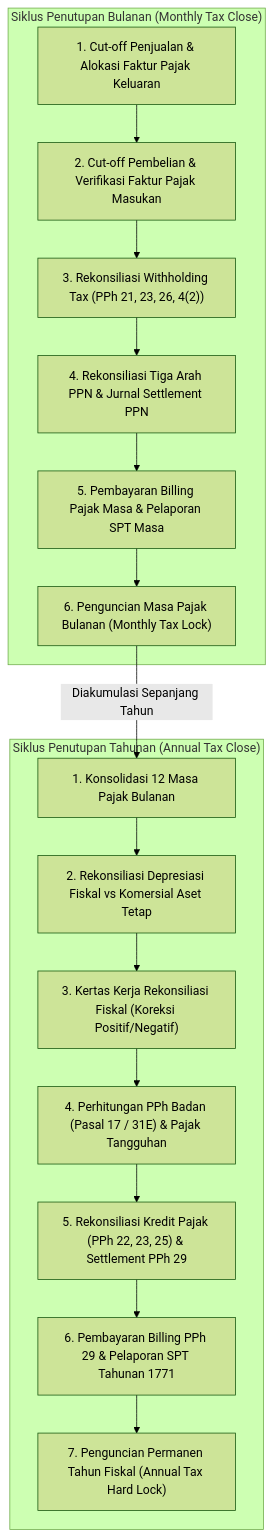
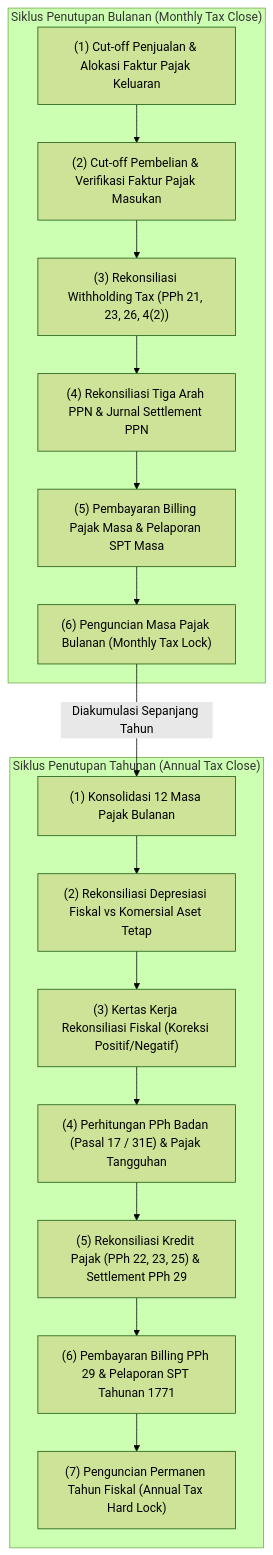
Before and after one commit to alimurrofid/erp-notes: the diagram in content/11-tax/tax-closing-and-period-end.md, drawn with Mermaid (forest theme). The commit also changed 132 other files, not shown here.

````diff
--- a/content/11-tax/tax-closing-and-period-end.md
+++ b/content/11-tax/tax-closing-and-period-end.md
@@ -27,25 +27,25 @@
 ```mermaid
 flowchart TD
     subgraph Monthly["Siklus Penutupan Bulanan (Monthly Tax Close)"]
-        M1["1. Cut-off Penjualan & Alokasi Faktur Pajak Keluaran"]
-        M2["2. Cut-off Pembelian & Verifikasi Faktur Pajak Masukan"]
-        M3["3. Rekonsiliasi Withholding Tax (PPh 21, 23, 26, 4(2))"]
-        M4["4. Rekonsiliasi Tiga Arah PPN & Jurnal Settlement PPN"]
-        M5["5. Pembayaran Billing Pajak Masa & Pelaporan SPT Masa"]
-        M6["6. Penguncian Masa Pajak Bulanan (Monthly Tax Lock)"]
+        M1["(1) Cut-off Penjualan & Alokasi Faktur Pajak Keluaran"]
+        M2["(2) Cut-off Pembelian & Verifikasi Faktur Pajak Masukan"]
+        M3["(3) Rekonsiliasi Withholding Tax (PPh 21, 23, 26, 4(2))"]
+        M4["(4) Rekonsiliasi Tiga Arah PPN & Jurnal Settlement PPN"]
+        M5["(5) Pembayaran Billing Pajak Masa & Pelaporan SPT Masa"]
+        M6["(6) Penguncian Masa Pajak Bulanan (Monthly Tax Lock)"]
         M1 --> M2 --> M3 --> M4 --> M5 --> M6
     end
 
     subgraph Annual["Siklus Penutupan Tahunan (Annual Tax Close)"]
-        A1["1. Konsolidasi 12 Masa Pajak Bulanan"]
-        A2["2. Rekonsiliasi Depresiasi Fiskal vs Komersial Aset Tetap"]
-        A3["3. Kertas Kerja Rekonsiliasi Fiskal (Koreksi Positif/Negatif)"]
-        A4["4. Perhitungan PPh Badan (Pasal 17 / 31E) & Pajak Tangguhan"]
-        A5["5. Rekonsiliasi Kredit Pajak (PPh 22, 23, 25) & Settlement PPh 29"]
-        A6["6. Pembayaran Billing PPh 29 & Pelaporan SPT Tahunan 1771"]
-        A7["7. Penguncian Permanen Tahun Fiskal (Annual Tax Hard Lock)"]
+        A1["(1) Konsolidasi 12 Masa Pajak Bulanan"]
+        A2["(2) Rekonsiliasi Depresiasi Fiskal vs Komersial Aset Tetap"]
+        A3["(3) Kertas Kerja Rekonsiliasi Fiskal (Koreksi Positif/Negatif)"]
+        A4["(4) Perhitungan PPh Badan (Pasal 17 / 31E) & Pajak Tangguhan"]
+        A5["(5) Rekonsiliasi Kredit Pajak (PPh 22, 23, 25) & Settlement PPh 29"]
+        A6["(6) Pembayaran Billing PPh 29 & Pelaporan SPT Tahunan 1771"]
+        A7["(7) Penguncian Permanen Tahun Fiskal (Annual Tax Hard Lock)"]
         A1 --> A2 --> A3 --> A4 --> A5 --> A6 --> A7
     end
 
     M6 -->|"Diakumulasi Sepanjang Tahun"| A1
 ```
````
